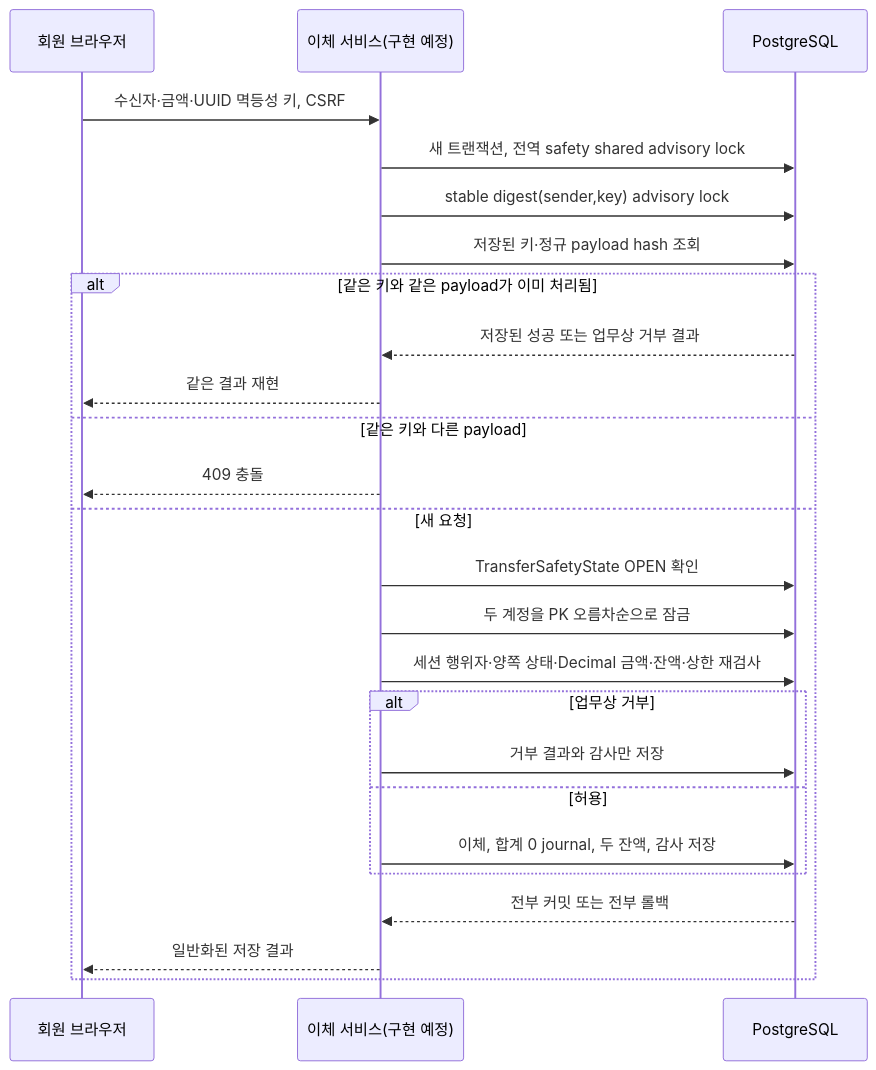
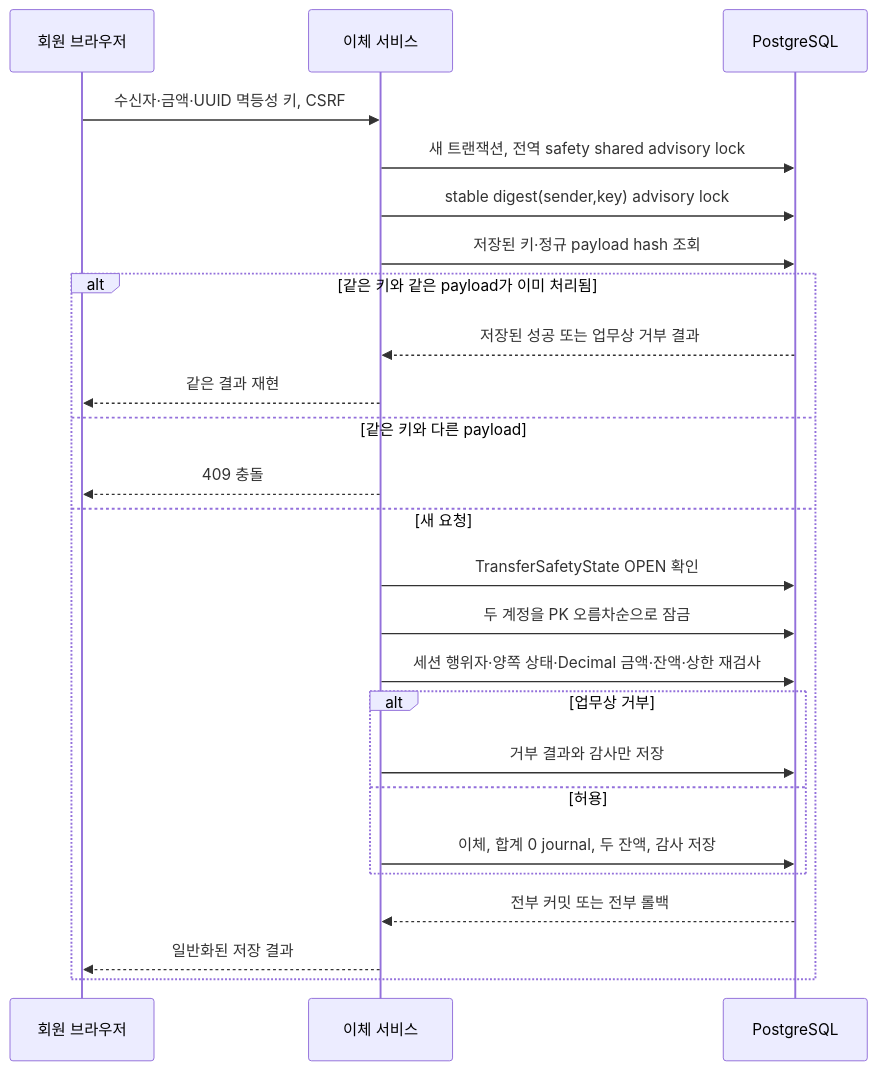
The sixth of 6 diagrams in docs/report/02-system-design.md (RatelXD/secure-coding), drawn with Mermaid before and after one commit. The commit also changed other lines of this file and 9 other files, not shown here.

````diff
--- a/docs/report/02-system-design.md
+++ b/docs/report/02-system-design.md
@@ -133,28 +133,28 @@
 ```mermaid
 sequenceDiagram
     participant B as 회원 브라우저
-    participant T as 이체 서비스(구현 예정)
+    participant T as 이체 서비스
     participant DB as PostgreSQL
 
     B->>T: 수신자·금액·UUID 멱등성 키, CSRF
     T->>DB: 새 트랜잭션, 전역 safety shared advisory lock
     T->>DB: stable digest(sender,key) advisory lock
     T->>DB: 저장된 키·정규 payload hash 조회
     alt 같은 키와 같은 payload가 이미 처리됨
         DB-->>T: 저장된 성공 또는 업무상 거부 결과
         T-->>B: 같은 결과 재현
     else 같은 키와 다른 payload
         T-->>B: 409 충돌
     else 새 요청
         T->>DB: TransferSafetyState OPEN 확인
         T->>DB: 두 계정을 PK 오름차순으로 잠금
         T->>DB: 세션 행위자·양쪽 상태·Decimal 금액·잔액·상한 재검사
         alt 업무상 거부
             T->>DB: 거부 결과와 감사만 저장
         else 허용
             T->>DB: 이체, 합계 0 journal, 두 잔액, 감사 저장
         end
         DB-->>T: 전부 커밋 또는 전부 롤백
         T-->>B: 일반화된 저장 결과
     end
 ```
````
